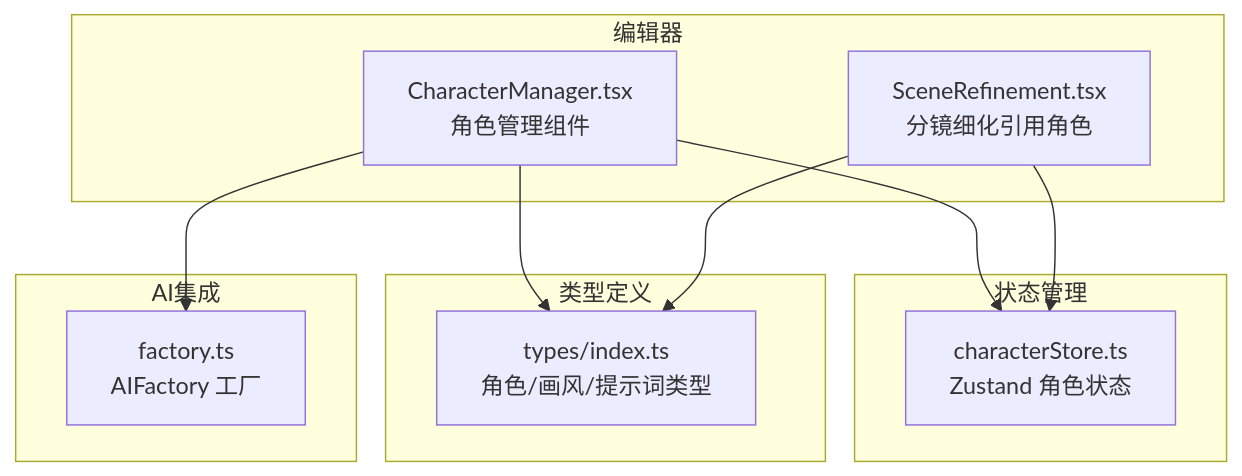
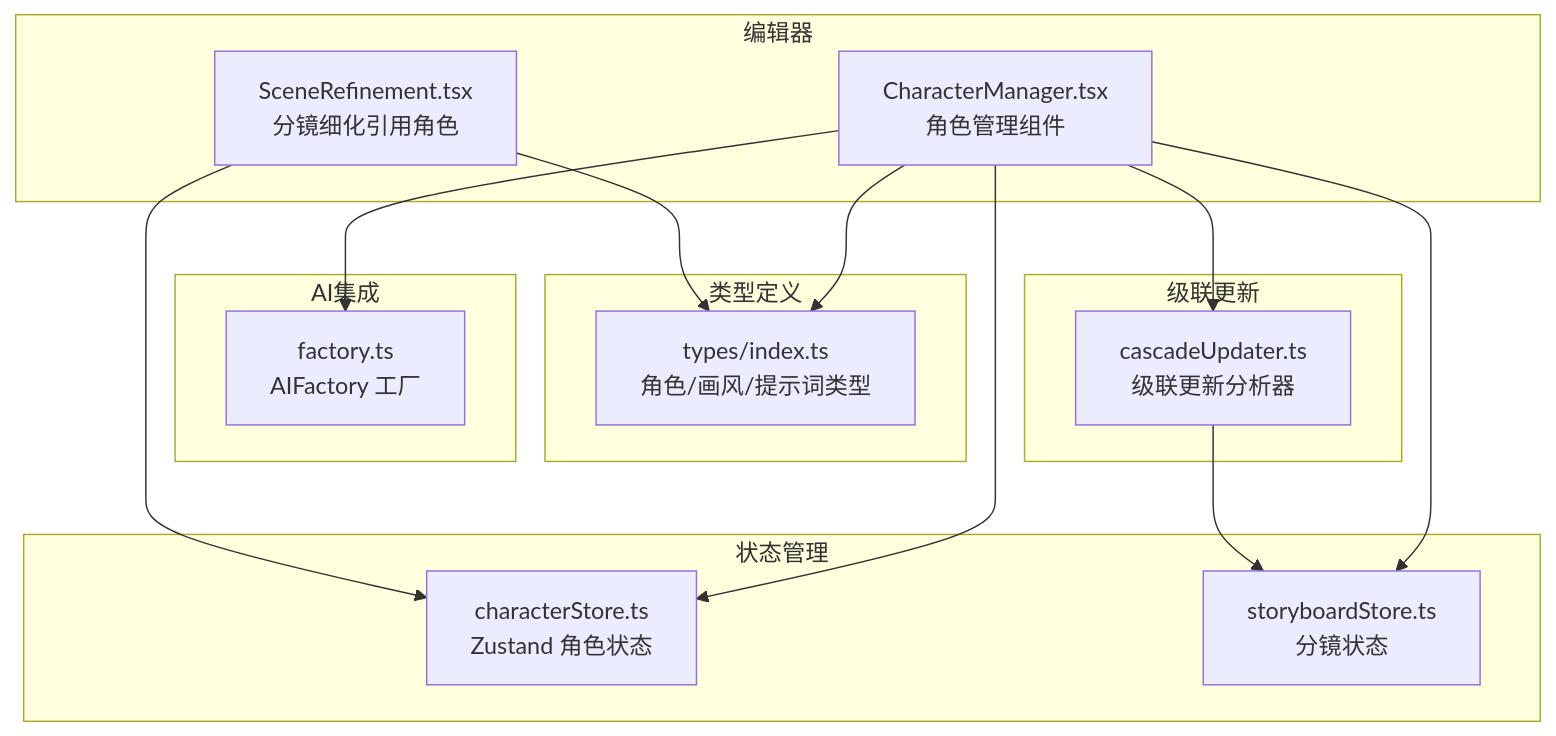
The first of 5 diagrams in .qoder/repowiki/zh/content/核心功能详解/角色管理.md (leonaiuv/aixsss), drawn with Mermaid before and after one commit. The commit also changed other lines of this file and 5 other files, not shown here.

````diff
--- a/.qoder/repowiki/zh/content/核心功能详解/角色管理.md
+++ b/.qoder/repowiki/zh/content/核心功能详解/角色管理.md
@@ -36,21 +46,28 @@
 ```mermaid
 graph TB
 subgraph "编辑器"
 CM["CharacterManager.tsx<br/>角色管理组件"]
 SR["SceneRefinement.tsx<br/>分镜细化引用角色"]
 end
 subgraph "状态管理"
 CS["characterStore.ts<br/>Zustand 角色状态"]
+SB["storyboardStore.ts<br/>分镜状态"]
 end
 subgraph "类型定义"
 T["types/index.ts<br/>角色/画风/提示词类型"]
 end
 subgraph "AI集成"
 AF["factory.ts<br/>AIFactory 工厂"]
 end
+subgraph "级联更新"
+CU["cascadeUpdater.ts<br/>级联更新分析器"]
+end
 CM --> CS
 CM --> T
 CM --> AF
+CM --> CU
+CM --> SB
 SR --> CS
 SR --> T
+CU --> SB
 ```
````
